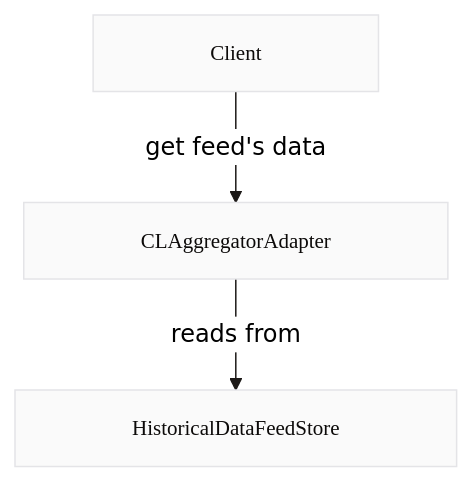
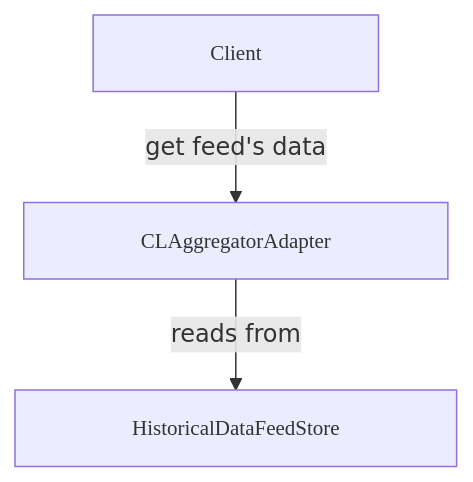
The diagram in apps/docs.blocksense.network/app/docs/contracts/integration-guide/using-data-feeds/chainlink-proxy/page.mdx (blocksense-network/blocksense-infra-test), drawn with Mermaid before and after one commit. The commit also changed 2 other files, not shown here.

Commit message:
feat(docs.ws): Use Nextra support for mermaid and switching themes

````diff
--- a/apps/docs.blocksense.network/app/docs/contracts/integration-guide/using-data-feeds/chainlink-proxy/page.mdx
+++ b/apps/docs.blocksense.network/app/docs/contracts/integration-guide/using-data-feeds/chainlink-proxy/page.mdx
@@ -19,26 +19,20 @@
 ```mermaid
 ---
 config:
     rightAngles: true
-    theme: neutral
-    primaryColor: "#d0d0d0"
-    signalColor: "FF0000"
-    signalTextColor: "#808080"
 ---
 flowchart TD
-  classDef clientNode fill:#fafafa,color:#0c0a09,stroke:#e4e4e7,stroke-width:1px,shadow:2px 2px 5px #888888, display:block, padding:0rem 3rem, font-size: 0.875rem, font-family:'Fira Code', monospace;
-  classDef proxyNode,dataNode fill:#fafafa,color:#0c0a09,stroke:#e4e4e7,stroke-width:1px,shadow:2px 2px 5px #888888, display:block, padding:0rem 3rem, font-size: 0.875rem, font-family:'Fira Code', monospace;
+  classDef clientNode display:block, padding:0rem 3rem, font-size: 0.875rem, font-family:'Fira Code', monospace;
+  classDef proxyNode,dataNode display:block, padding:0rem 3rem, font-size: 0.875rem, font-family:'Fira Code', monospace;
   classDef proxyNode:hover,dataNode:hover fill:#fafafa,color:#0000EE,stroke:#e4e4e7,stroke-width:1px,shadow:2px 2px 5px #888888, display:block, padding:0rem 3rem, font-size: 0.875rem, font-family:'Fira Code', monospace, text-decoration: underline, text-underline-offset: 4px;
-
-  linkStyle default fill:none,stroke-width:1px,stroke:#1c1917
 
   A[Client] -->|get feed's data| CP[CLAggregatorAdapter]
   CP -->|reads from| DFS[HistoricalDataFeedStore]
 
   click CP "/docs/contracts/reference-documentation/CLAggregatorAdapter" "Go to CLAggregatorAdapter"
   click DFS "/docs/contracts/reference-documentation/HistoricalDataFeedStoreV2" "Go to HistoricalDataFeedStoreV2"
 
   class A clientNode
   class CP proxyNode
   class DFS dataNode
 ```
````
